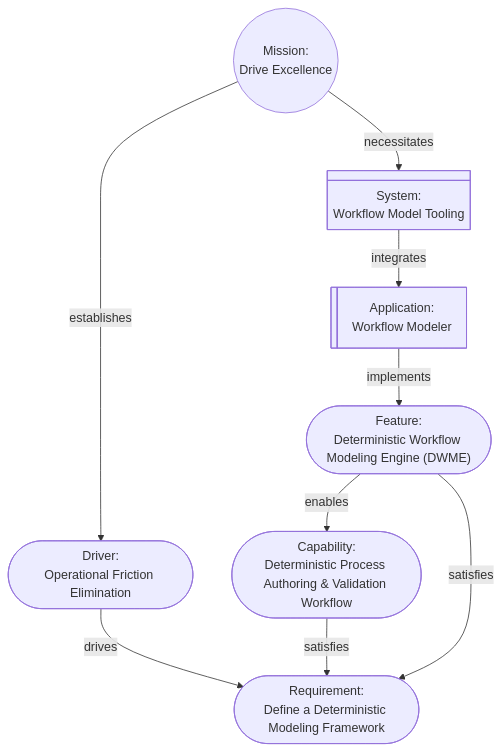
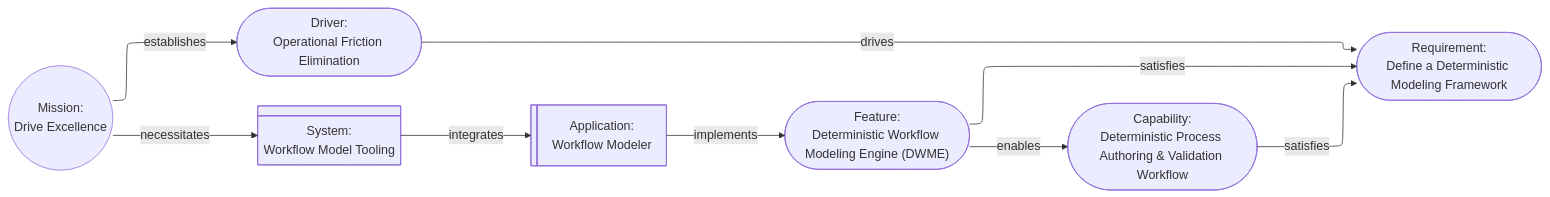
The diagram in .github/instructions/Aurora.instructions.md (JEleniel/aurora), drawn with Mermaid before and after one commit. The commit also changed other lines of this file and 612 other files, not shown here.

````diff
--- a/.github/instructions/Aurora.instructions.md
+++ b/.github/instructions/Aurora.instructions.md
@@ -40,19 +43,20 @@
 ```mermaid
-graph
+%%{init: {'flowchart': {'defaultRenderer': 'elk'}, 'themeVariables': { 'clusterBkg': 'transparent' }}}%%
+graph LR
 	drive_excellence(("`Mission:<br />Drive Excellence`"))
 	operational_friction_elimination(["`Driver:<br />Operational Friction Elimination`"])
 	define_a_deterministic_modeling_framework(["`Requirement:<br />Define a Deterministic Modeling Framework`"])
 	deterministic_process_authoring(["`Capability:<br />Deterministic Process Authoring & Validation Workflow`"])
 	deterministic_workflow_modeling_engine(["`Feature:<br />Deterministic Workflow Modeling Engine (DWME)`"])
 	workflow__model_tooling["`System:<br />Workflow Model Tooling`"]@{shape: div-rect}
 	workflow_modeler["`Application:<br />Workflow Modeler`"]@{shape: lin-rect}
 
 	drive_excellence -- establishes --> operational_friction_elimination
 	operational_friction_elimination -- drives --> define_a_deterministic_modeling_framework
 	deterministic_process_authoring -- satisfies --> define_a_deterministic_modeling_framework
 	deterministic_workflow_modeling_engine -- satisfies --> define_a_deterministic_modeling_framework
 	deterministic_workflow_modeling_engine -- enables --> deterministic_process_authoring
 	drive_excellence -- necessitates --> workflow__model_tooling
 	workflow__model_tooling -- integrates --> workflow_modeler
 	workflow_modeler -- implements --> deterministic_workflow_modeling_engine
 ```
````
